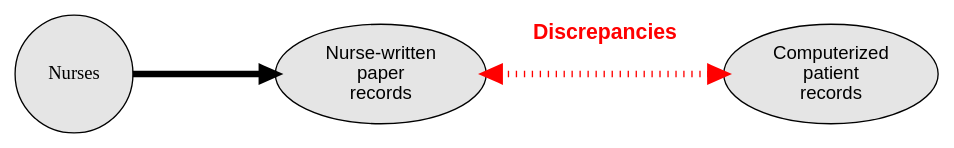
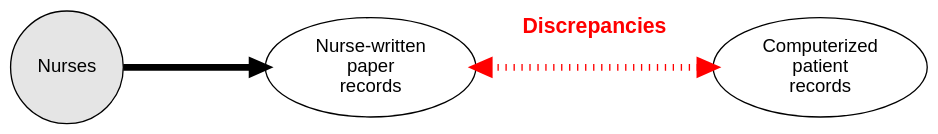
The diagram in lib/pow-basic.gv (haroldthimbleby/REED), drawn with Graphviz before and after one commit. The commit also changed 39 other files, not shown here.

```diff
--- a/lib/pow-basic.gv
+++ b/lib/pow-basic.gv
@@ -1,18 +1,19 @@
 digraph {
   compound=true;
+  bgcolor="transparent";
   color=red;
   labelloc=t;
   fontname="Helvetica";
   fontsize=24;
   label="";
   rankdir="";
 {rank=same; "Nurses";"nurserecords";"computerrecords";}
 
-  "nurserecords" [fillcolor="gray90"; style=filled; shape=ellipse; fontname="Helvetica"; label="Nurse-written\npaper\nrecords";];
-  "computerrecords" [fillcolor="gray90"; style=filled; shape=ellipse; fontname="Helvetica"; label="Computerized\npatient\nrecords";];
-  "Nurses" [label="Nurses";shape=circle;fillcolor=gray90;style=filled;];
+  "nurserecords" [URL="#nurserecords"; label="Nurse-written\npaper\nrecords";fontname="Helvetica";];
+  "computerrecords" [URL="#computerrecords"; label="Computerized\npatient\nrecords";fontname="Helvetica";];
+  "Nurses" [URL="#Nurses"; label="Nurses";fontname="Helvetica";shape=circle;fillcolor=gray90;style=filled;];
 
   "nurserecords"->"computerrecords" [dir=both;style=dotted;color=red;penwidth=5;minlen=3;fontname="Helvetica-Bold";fontcolor=red;fontsize=16;label="Discrepancies
  ";minlen=5; ];
   "Nurses"->"nurserecords" [penwidth=5;minlen=3; ];
 }
```
